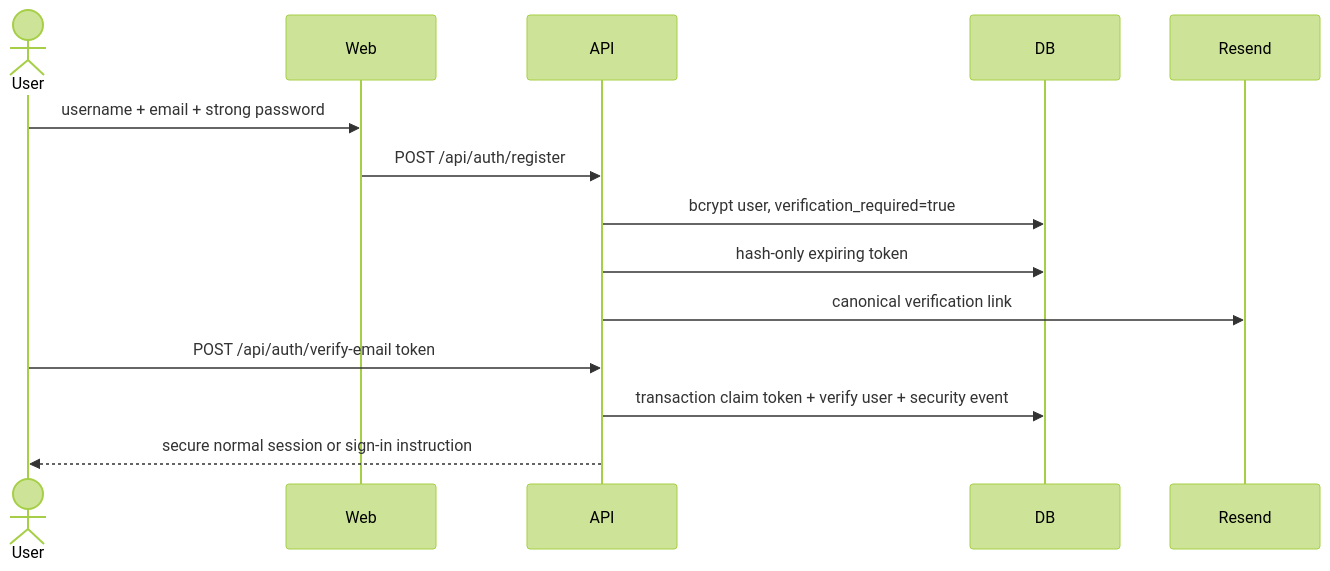
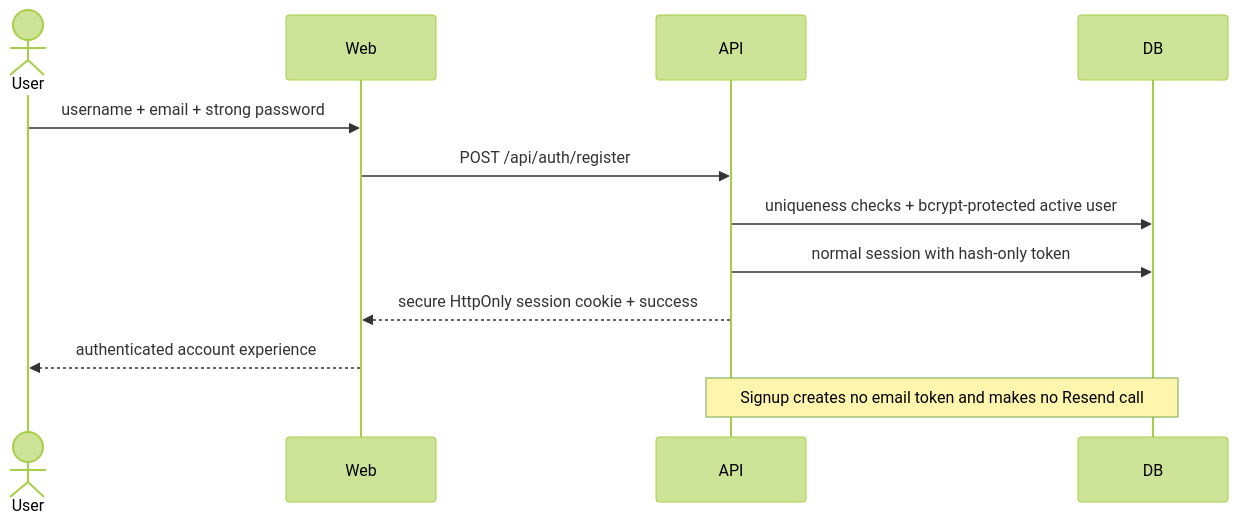
One commit to ExamCodesOfficial/SMM-UP changed the third of 7 diagrams in architecture/full-architecture.md. Above: the diagram before and after it, drawn with Mermaid (forest theme). The commit also changed other lines of this file and 20 other files, not shown here.

Commit message:
fix: make signup immediate and email-independent

````diff
--- a/architecture/full-architecture.md
+++ b/architecture/full-architecture.md
@@ -116,16 +116,14 @@
 ```mermaid
 sequenceDiagram
   actor User
   participant Web
   participant API
   participant DB
-  participant Email as Resend
   User->>Web: username + email + strong password
   Web->>API: POST /api/auth/register
-  API->>DB: bcrypt user, verification_required=true
-  API->>DB: hash-only expiring token
-  API->>Email: canonical verification link
-  User->>API: POST /api/auth/verify-email token
-  API->>DB: transaction claim token + verify user + security event
-  API-->>User: secure normal session or sign-in instruction
+  API->>DB: uniqueness checks + bcrypt-protected active user
+  API->>DB: normal session with hash-only token
+  API-->>Web: secure HttpOnly session cookie + success
+  Web-->>User: authenticated account experience
+  Note over API,DB: Signup creates no email token and makes no Resend call
 ```
````
